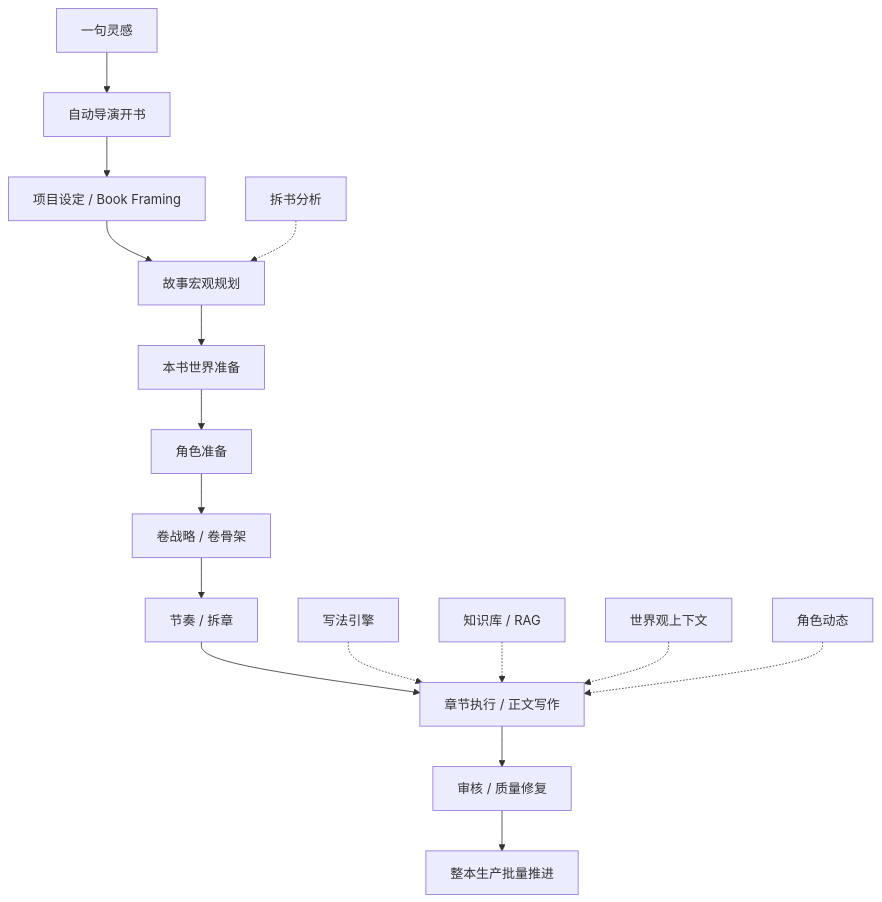
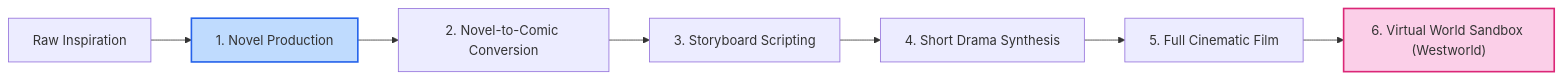
Before and after one commit to ExplosiveCoderflome/AI-Novel-Writing-Assistant: the diagram in README.md, drawn with Mermaid. The commit also changed other lines of this file and 1 other file, not shown here.

````diff
--- a/README.md
+++ b/README.md
@@ -797,19 +24,12 @@
 ```mermaid
-flowchart TD
-    A["一句灵感"] --> B["自动导演开书"]
-    B --> C["项目设定 / Book Framing"]
-    C --> D["故事宏观规划"]
-    D --> E["本书世界准备"]
-    E --> F["角色准备"]
-    F --> G["卷战略 / 卷骨架"]
-    G --> H["节奏 / 拆章"]
-    H --> I["章节执行 / 正文写作"]
-    I --> J["审核 / 质量修复"]
-    J --> K["整本生产批量推进"]
+flowchart LR
+    A["Raw Inspiration"] --> B["1. Novel Production"]
+    B --> C["2. Novel-to-Comic Conversion"]
+    C --> D["3. Storyboard Scripting"]
+    D --> E["4. Short Drama Synthesis"]
+    E --> F["5. Full Cinematic Film"]
+    F --> G["6. Virtual World Sandbox (Westworld)"]
     
-    L["写法引擎"] -.-> I
-    M["知识库 / RAG"] -.-> I
-    N["世界观上下文"] -.-> I
-    O["角色动态"] -.-> I
-    P["拆书分析"] -.-> D
+    style B fill:#bfdbfe,stroke:#2563eb,stroke-width:2px
+    style G fill:#fbcfe8,stroke:#db2777,stroke-width:2px
 ```
````
